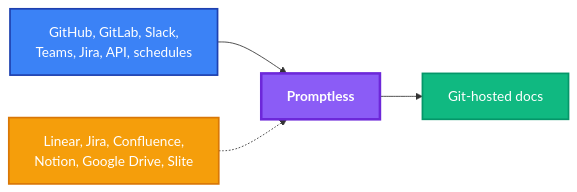
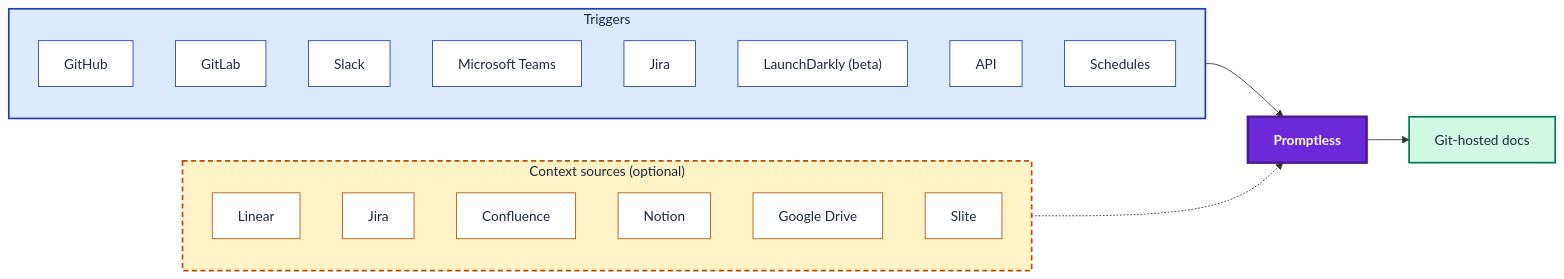
Before and after one commit to Promptless/promptless.ai: the diagram in src/diagrams/how-it-works.mmd, drawn with Mermaid. The commit also changed 2 other files, not shown here.

Commit message:
docs: Show each supported trigger and context source in the How Promptless works diagram

```diff
--- a/src/diagrams/how-it-works.mmd
+++ b/src/diagrams/how-it-works.mmd
@@ -1,20 +1,40 @@
 ---
 config:
   fontFamily: "arial, helvetica, sans-serif"
 ---
 %% mmdc-width: 800
 
 flowchart LR
-  TRIGGERS["GitHub, GitLab, Slack,<br/>Teams, Jira, API, schedules"]
-  CONTEXT["Linear, Jira, Confluence,<br/>Notion, Google Drive, Slite"]
+  subgraph TRIGGERS["Triggers"]
+    T1["GitHub"]
+    T2["GitLab"]
+    T3["Slack"]
+    T4["Microsoft Teams"]
+    T5["Jira"]
+    T6["LaunchDarkly (beta)"]
+    T7["API"]
+    T8["Schedules"]
+  end
+  subgraph CONTEXT["Context sources (optional)"]
+    C1["Linear"]
+    C2["Jira"]
+    C3["Confluence"]
+    C4["Notion"]
+    C5["Google Drive"]
+    C6["Slite"]
+  end
   PROMPTLESS["<b>Promptless</b>"]
   DOCS["Git-hosted docs"]
 
   TRIGGERS --> PROMPTLESS
   CONTEXT -.-> PROMPTLESS
   PROMPTLESS --> DOCS
 
-  style TRIGGERS fill:#3b82f6,stroke:#1e40af,stroke-width:2px,color:#fff
-  style CONTEXT fill:#f59e0b,stroke:#d97706,stroke-width:2px,color:#fff
-  style PROMPTLESS fill:#8b5cf6,stroke:#6d28d9,stroke-width:3px,color:#fff
-  style DOCS fill:#10b981,stroke:#059669,stroke-width:2px,color:#fff
+  classDef source fill:#ffffff,stroke:#1e40af,stroke-width:1px,color:#1e293b
+  classDef context fill:#ffffff,stroke:#b45309,stroke-width:1px,color:#1e293b
+  class T1,T2,T3,T4,T5,T6,T7,T8 source
+  class C1,C2,C3,C4,C5,C6 context
+  style TRIGGERS fill:#dbeafe,stroke:#1e40af,stroke-width:2px,color:#1e293b
+  style CONTEXT fill:#fef3c7,stroke:#b45309,stroke-width:2px,stroke-dasharray:6 4,color:#1e293b
+  style PROMPTLESS fill:#6d28d9,stroke:#4c1d95,stroke-width:3px,color:#fff
+  style DOCS fill:#d1fae5,stroke:#047857,stroke-width:2px,color:#1e293b
```
